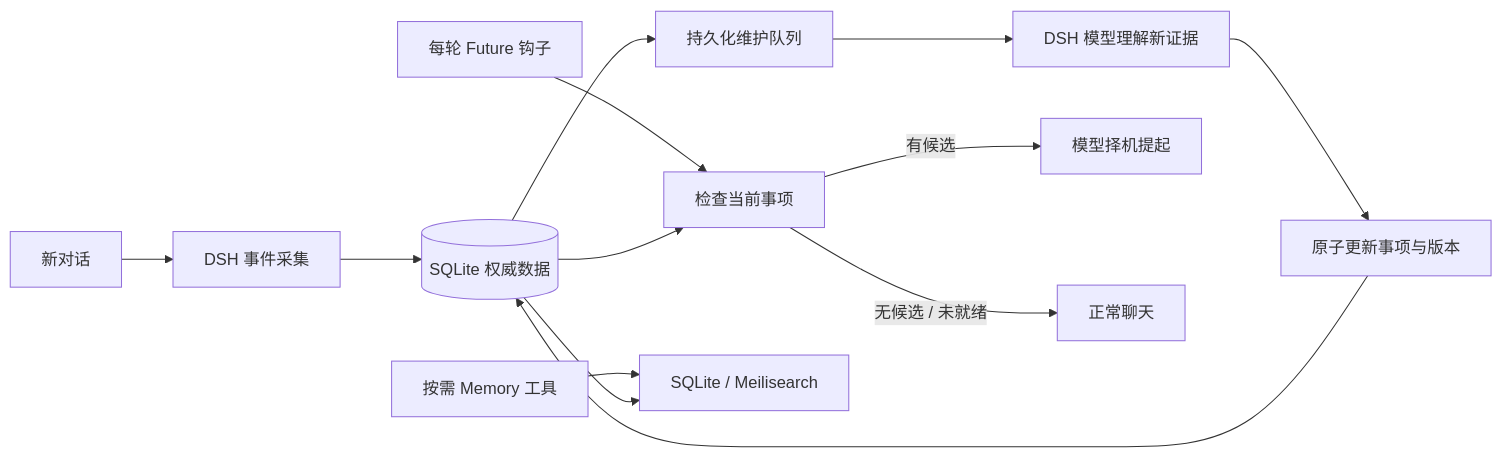
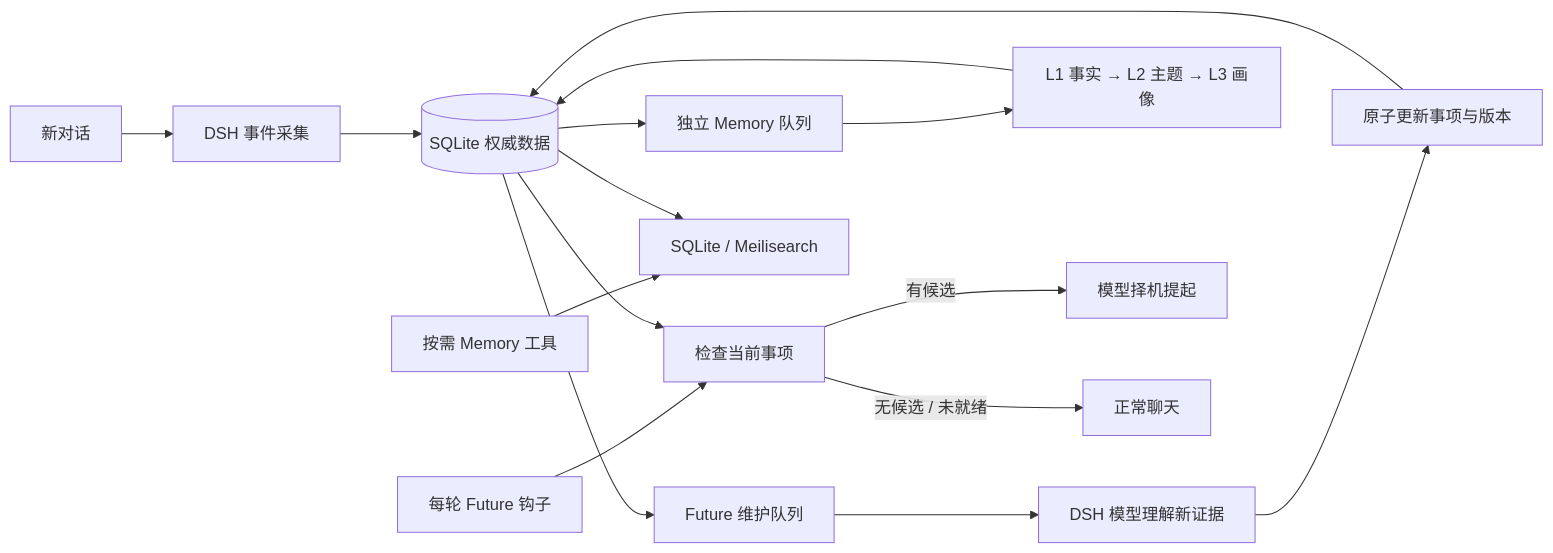
One commit to abandon1a2b/dsh-mindsea changed the diagram in README.md. Above: the diagram before and after it, drawn with Mermaid. The commit also changed other lines of this file and 41 other files, not shown here.

````diff
--- a/README.md
+++ b/README.md
@@ -45,17 +45,20 @@
 ```mermaid
 flowchart LR
   User[新对话] --> Capture[DSH 事件采集]
   Capture --> DB[(SQLite 权威数据)]
-  DB --> Queue[持久化维护队列]
+  DB --> Queue[Future 维护队列]
   Queue --> Model[DSH 模型理解新证据]
   Model --> Update[原子更新事项与版本]
   Update --> DB
+  DB --> MemoryQueue[独立 Memory 队列]
+  MemoryQueue --> Layers[L1 事实 → L2 主题 → L3 画像]
+  Layers --> DB
 
   Hook[每轮 Future 钩子] --> Check[检查当前事项]
   DB --> Check
   Check -->|有候选| Context[模型择机提起]
   Check -->|无候选 / 未就绪| Chat[正常聊天]
 
   Tool[按需 Memory 工具] --> Search[SQLite / Meilisearch]
   DB --> Search
 ```
````
